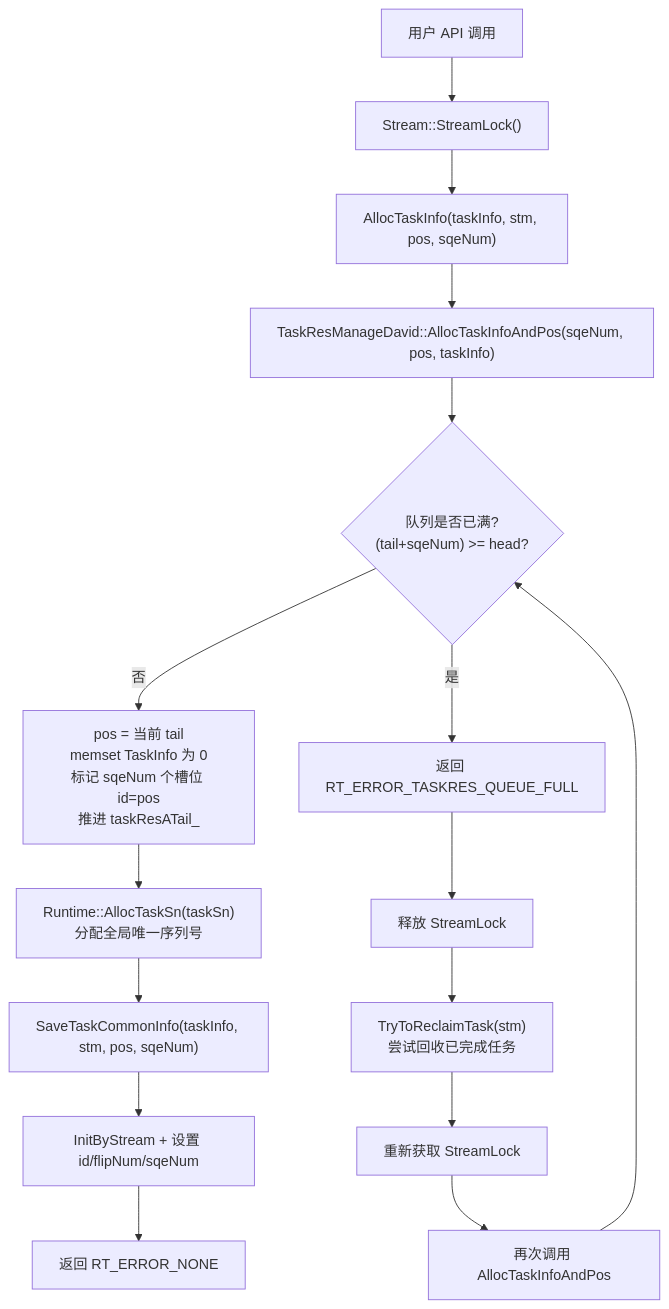
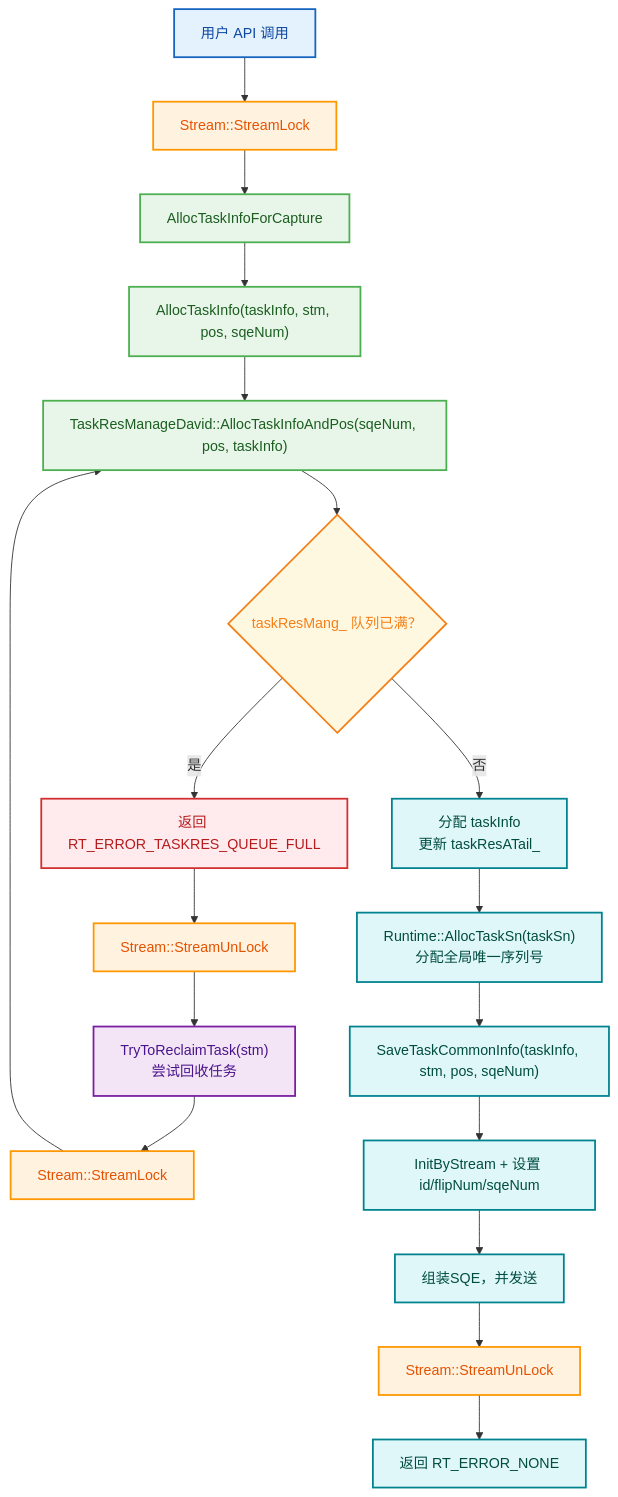
One commit to 18liumin/runtime changed the fourth of 7 diagrams in docs/design/modules/task/task.md. Above: the diagram before and after it, drawn with Mermaid. The commit also changed other lines of this file, not shown here.

````diff
--- a/docs/design/modules/task/task.md
+++ b/docs/design/modules/task/task.md
@@ -255,18 +162,33 @@
 ```mermaid
+
 flowchart TD
-    A["用户 API 调用"] --> B["Stream::StreamLock()"]
-    B --> C["AllocTaskInfo(taskInfo, stm, pos, sqeNum)"]
-    C --> D["TaskResManageDavid::AllocTaskInfoAndPos(sqeNum, pos, taskInfo)"]
-    D --> E{"队列是否已满?<br>(tail+sqeNum) >= head?"}
-    E -->|否| F["pos = 当前 tail<br>memset TaskInfo 为 0<br>标记 sqeNum 个槽位 id=pos<br>推进 taskResATail_"]
-    E -->|是| G["返回 RT_ERROR_TASKRES_QUEUE_FULL"]
-    G --> H["释放 StreamLock"]
-    H --> I["TryToReclaimTask(stm)<br>尝试回收已完成任务"]
-    I --> J["重新获取 StreamLock"]
-    J --> K["再次调用 AllocTaskInfoAndPos"]
+    classDef userStyle fill:#E3F2FD,stroke:#1565C0,stroke-width:2px,color:#0D47A1
+    classDef lockStyle fill:#FFF3E0,stroke:#FF9800,stroke-width:2px,color:#E65100
+    classDef allocStyle fill:#E8F5E9,stroke:#4CAF50,stroke-width:2px,color:#1B5E20
+    classDef decisionStyle fill:#FFF8E1,stroke:#F57F17,stroke-width:2px,color:#F57F17
+    classDef errorStyle fill:#FFEBEE,stroke:#D32F2F,stroke-width:2px,color:#B71C1C
+    classDef retryStyle fill:#F3E5F5,stroke:#7B1FA2,stroke-width:2px,color:#4A148C
+    classDef successStyle fill:#E0F7FA,stroke:#00838F,stroke-width:2px,color:#004D40
+
+    A["用户 API 调用"]:::userStyle --> B["Stream::StreamLock"]:::lockStyle
+    B --> C["AllocTaskInfoForCapture"]:::allocStyle
+    C --> D["AllocTaskInfo(taskInfo, stm, pos, sqeNum)"]:::allocStyle
+    D --> E["TaskResManageDavid::AllocTaskInfoAndPos(sqeNum, pos, taskInfo)"]:::allocStyle
+    E --> F{"taskResMang_ 队列已满？"}:::decisionStyle
+
+    F -->|是| G["返回 RT_ERROR_TASKRES_QUEUE_FULL"]:::errorStyle
+
+    G --> I["Stream::StreamUnLock"]:::lockStyle
+    I --> J["TryToReclaimTask(stm)<br>尝试回收任务"]:::retryStyle
+    J --> K["Stream::StreamLock"]:::lockStyle
     K --> E
-    F --> L["Runtime::AllocTaskSn(taskSn)<br>分配全局唯一序列号"]
-    L --> M["SaveTaskCommonInfo(taskInfo, stm, pos, sqeNum)"]
-    M --> N["InitByStream + 设置 id/flipNum/sqeNum"]
-    N --> O["返回 RT_ERROR_NONE"]
+
+    F -->|否| H["分配 taskInfo <br> 更新 taskResATail_"]:::successStyle
+    H --> L["Runtime::AllocTaskSn(taskSn)<br>分配全局唯一序列号"]:::successStyle
+    L --> M["SaveTaskCommonInfo(taskInfo, stm, pos, sqeNum)"]:::successStyle
+    M --> N["InitByStream + 设置 id/flipNum/sqeNum"]:::successStyle
+    N --> O["组装SQE，并发送"]:::successStyle
+    O --> P["Stream::StreamUnLock"]:::lockStyle
+    P --> Q["返回 RT_ERROR_NONE"]:::successStyle
+
 ```
````
